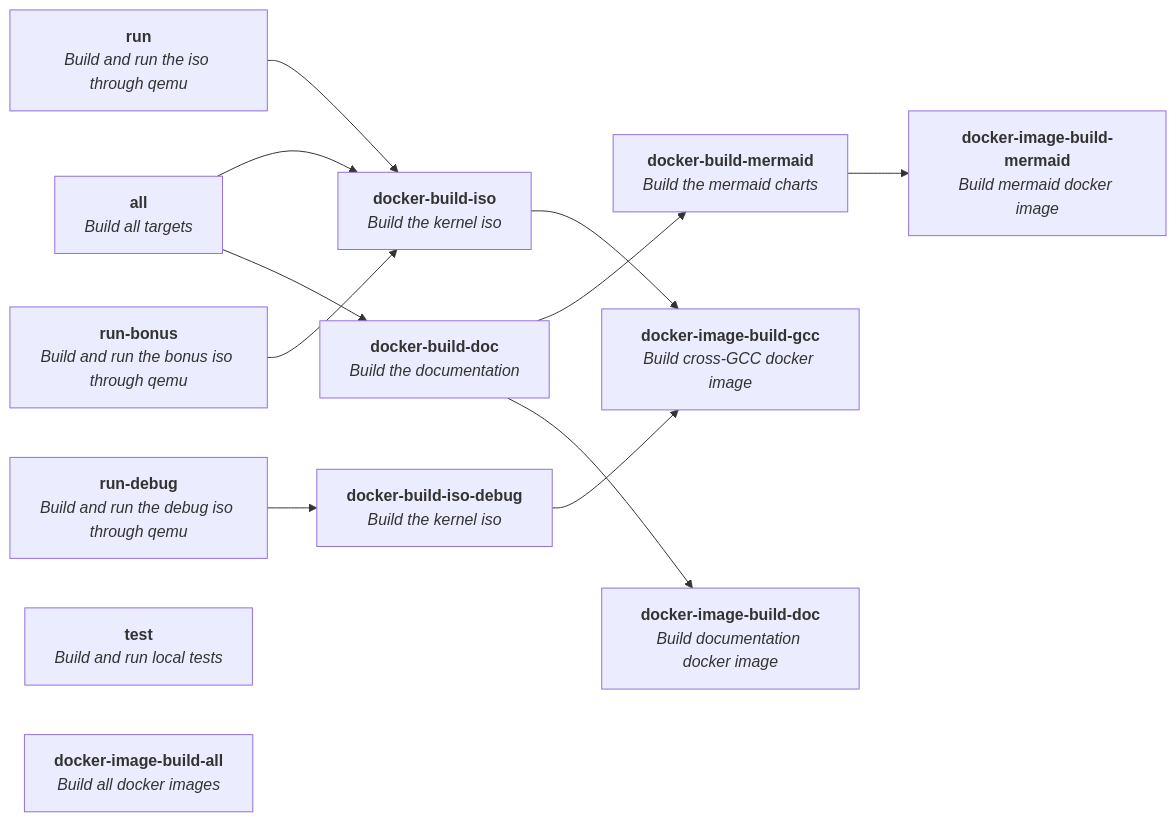
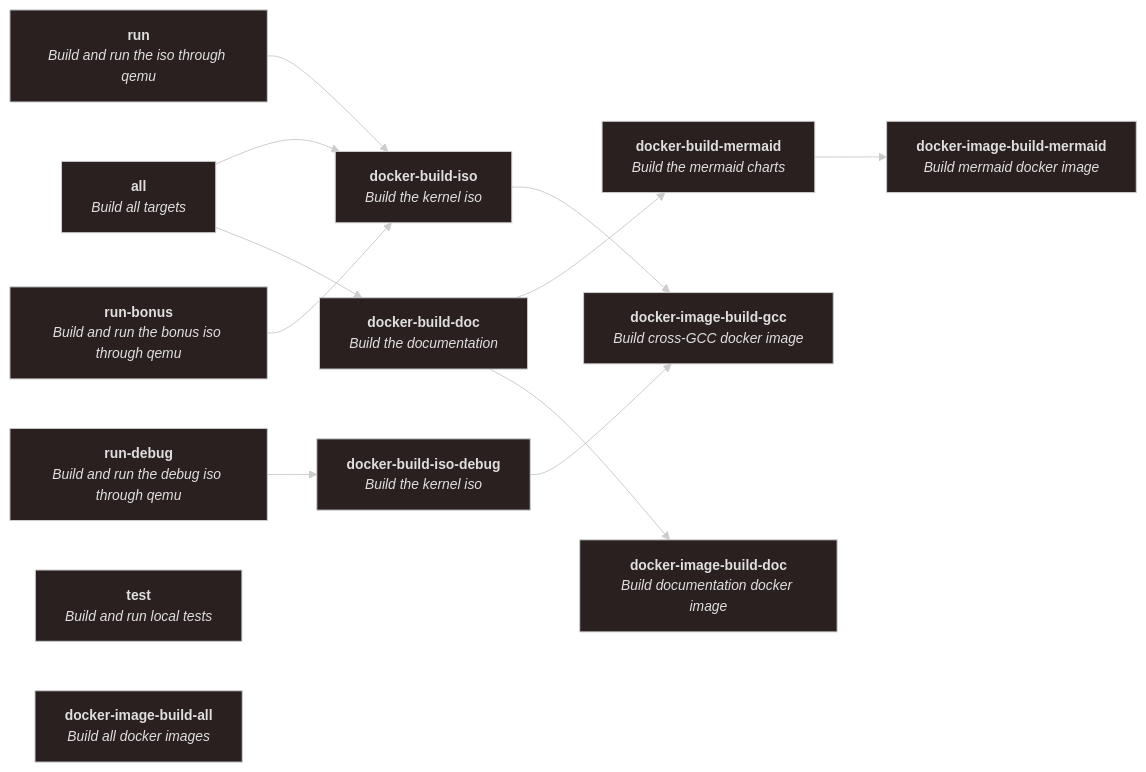
One commit to Arklog/kfs-1 changed the diagram in documentation/source/getting_started/compilation/makefile_targets_flowchart.mmd. Above: the diagram before and after it, drawn with Mermaid. The commit also changed 11 other files, not shown here.

```diff
--- a/documentation/source/getting_started/compilation/makefile_targets_flowchart.mmd
+++ b/documentation/source/getting_started/compilation/makefile_targets_flowchart.mmd
@@ -1,61 +1,67 @@
+---
+config:
+    theme: 'neo-dark'
+---
 flowchart LR
+
+%% transparent
 
 %% Main targets
 
 all["`**all**
 *Build all targets*`"]
 
 run["`**run**
 *Build and run the iso through qemu*`"]
 
 run-bonus["`**run-bonus**
 *Build and run the bonus iso through qemu*`"]
 
 run-debug["`**run-debug**
 *Build and run the debug iso through qemu*`"]
 
 test["`**test**
 *Build and run local tests*`"]
 
 
 all         --> docker-build-iso
 all         --> docker-build-doc
 run         --> docker-build-iso
 run-bonus   --> docker-build-iso
 run-debug   --> docker-build-iso-debug
 
 %% Docker Compilation
 docker-build-iso["`**docker-build-iso**
 *Build the kernel iso*`"]
 
 docker-build-iso-debug["`**docker-build-iso-debug**
 *Build the kernel iso*`"]
 
 docker-build-doc["`**docker-build-doc**
 *Build the documentation*`"]
 
 docker-build-mermaid["`**docker-build-mermaid**
 *Build the mermaid charts*`"
 ]
 
 
 docker-build-iso        --> docker-image-build-gcc
 docker-build-iso-debug  --> docker-image-build-gcc
 docker-build-doc        --> docker-build-mermaid
 docker-build-doc        --> docker-image-build-doc
 docker-build-mermaid    --> docker-image-build-mermaid
 
 
 %% Docker Image Build
 
 docker-image-build-all["`**docker-image-build-all**
 *Build all docker images*`"]
 
 docker-image-build-gcc["`**docker-image-build-gcc**
 *Build cross-GCC docker image*`"]
 
 docker-image-build-doc["`**docker-image-build-doc**
 *Build documentation docker image*`"]
 
 docker-image-build-mermaid["`**docker-image-build-mermaid**
 *Build mermaid docker image*`"]
```
